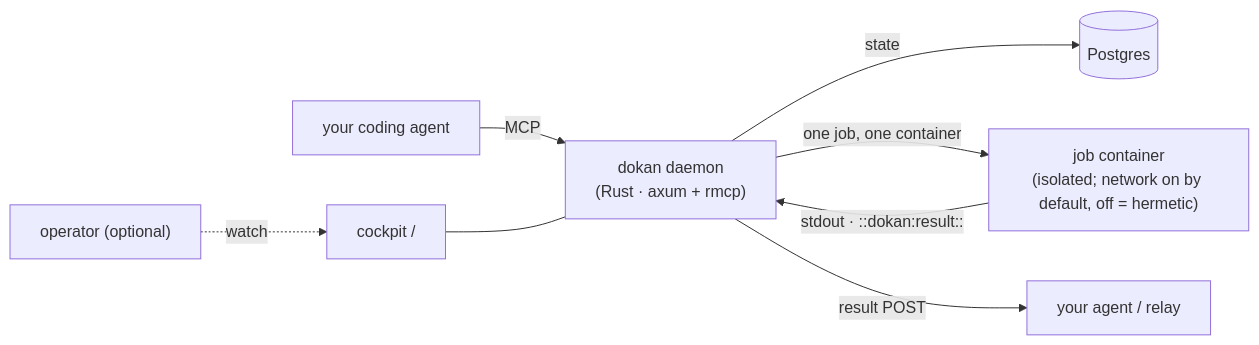
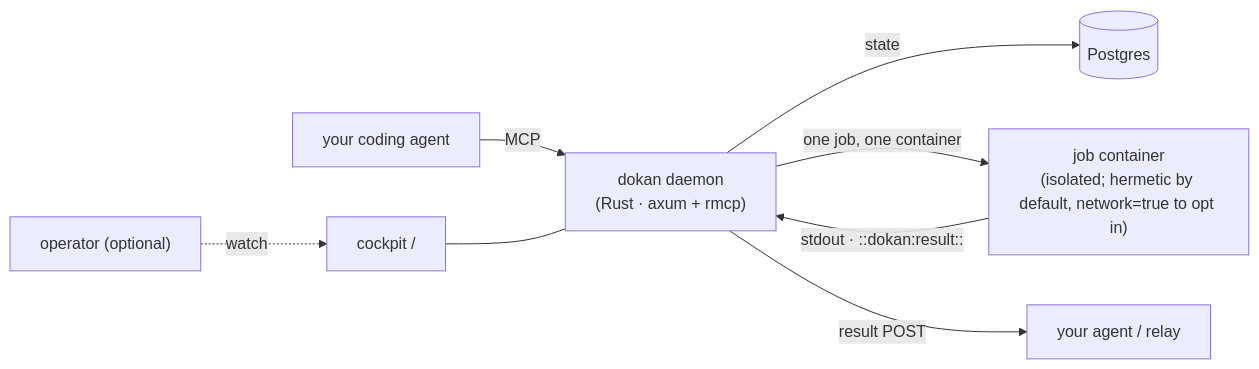
The first of 2 diagrams in README.md (TsukumoHQ/dokan), drawn with Mermaid before and after one commit. The commit also changed other lines of this file and 2 other files, not shown here.

Commit message:
docs: network is hermetic-by-default (v0.4.0), not on-by-default
README + SECURITY.md still claimed 'network on by default'. v0.4.0 flipped the
default to OFF (network.unwrap_or(false), mcp.rs) — jobs are hermetic unless
they opt in with network=true. A user reading the old docs would expect network
and be confused when their script can't reach an API. Correct all three claims.

````diff
--- a/README.md
+++ b/README.md
@@ -24,10 +24,10 @@
 ```mermaid
 flowchart LR
   agent["your coding agent"] -- MCP --> dokan["dokan daemon<br/>(Rust · axum + rmcp)"]
   dokan -- state --> pg[("Postgres")]
-  dokan -- one job, one container --> c1["job container<br/>(isolated; network on by default, off = hermetic)"]
+  dokan -- one job, one container --> c1["job container<br/>(isolated; hermetic by default, network=true to opt in)"]
   c1 -- "stdout · ::dokan:result::" --> dokan
   dokan -- "result POST" --> relay["your agent / relay"]
   human["operator (optional)"] -. watch .-> cockpit["cockpit /"]
   cockpit --- dokan
 ```
````
